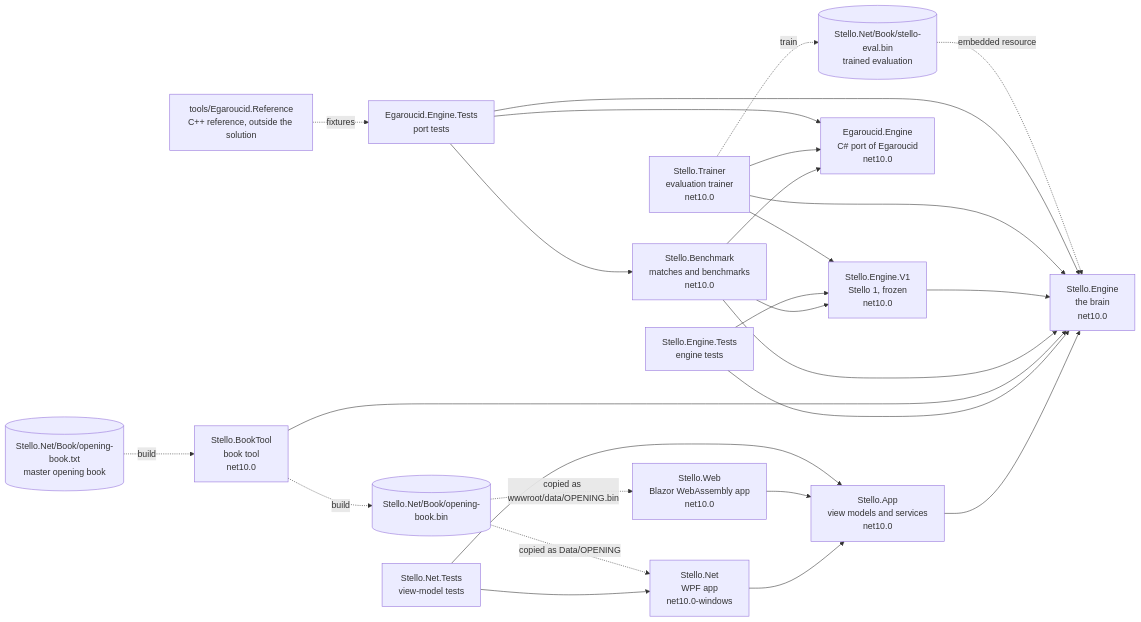
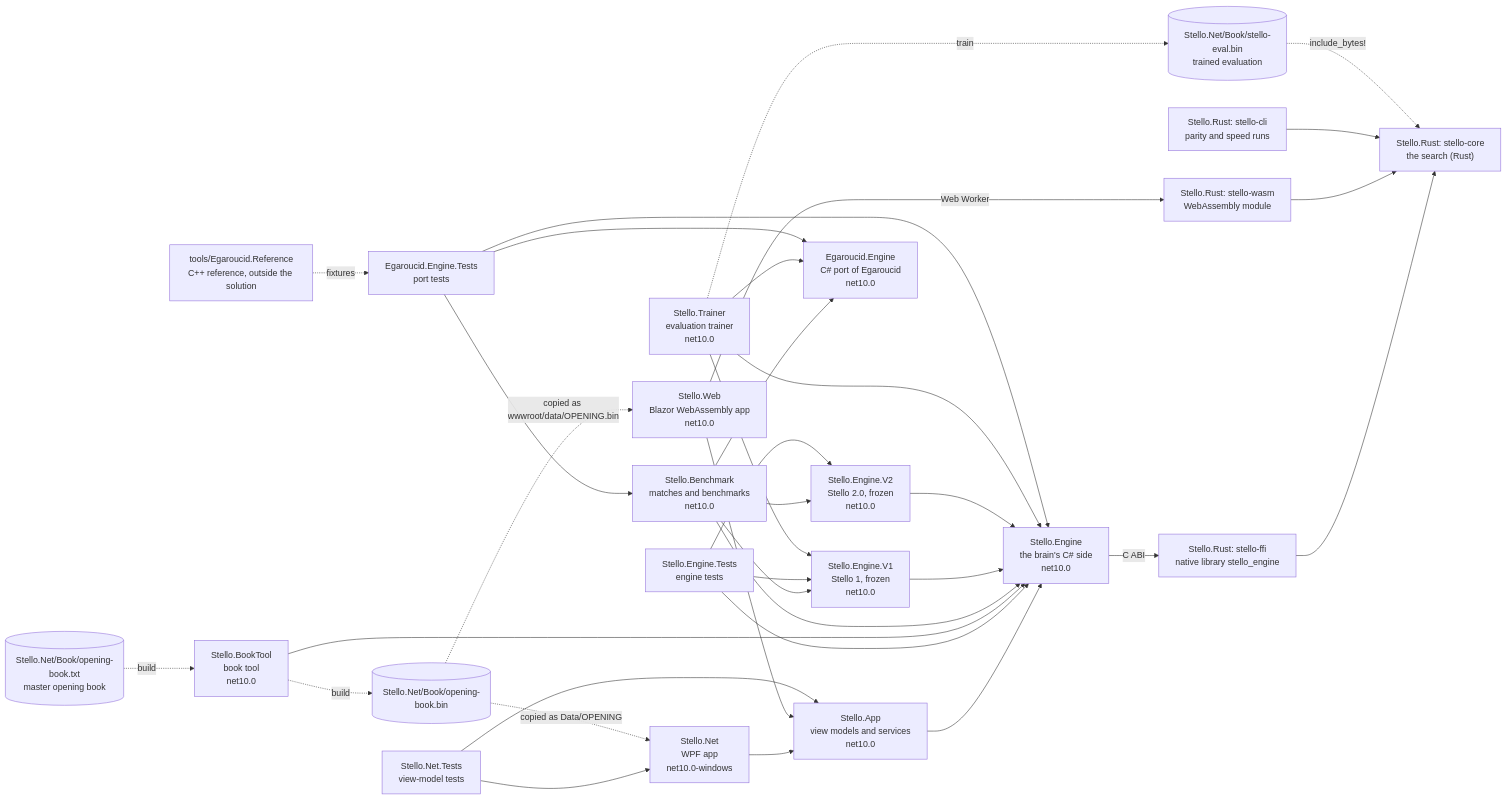
One commit to cjp-dev/Stello changed the first of 4 diagrams in docs/01-overview.md. Above: the diagram before and after it, drawn with Mermaid. The commit also changed other lines of this file and 26 other files, not shown here.

First line of the commit message:
Stello 3.0 phase 4: About shows 3.0; the docs describe the Rust engine

````diff
--- a/docs/01-overview.md
+++ b/docs/01-overview.md
@@ -11,28 +11,36 @@
 ```mermaid
 flowchart LR
     Wpf["Stello.Net<br/>WPF app<br/>net10.0-windows"] --> Shared["Stello.App<br/>view models and services<br/>net10.0"]
     Web["Stello.Web<br/>Blazor WebAssembly app<br/>net10.0"] --> Shared
-    Shared --> Engine["Stello.Engine<br/>the brain<br/>net10.0"]
+    Shared --> Engine["Stello.Engine<br/>the brain's C# side<br/>net10.0"]
+    Engine -- "C ABI" --> Ffi["Stello.Rust: stello-ffi<br/>native library stello_engine"]
+    Web -- "Web Worker" --> Wasm["Stello.Rust: stello-wasm<br/>WebAssembly module"]
+    Ffi --> Core["Stello.Rust: stello-core<br/>the search (Rust)"]
+    Wasm --> Core
+    Cli["Stello.Rust: stello-cli<br/>parity and speed runs"] --> Core
     AppTests["Stello.Net.Tests<br/>view-model tests"] --> Wpf
     AppTests --> Shared
     EngineTests["Stello.Engine.Tests<br/>engine tests"] --> Engine
     Tool["Stello.BookTool<br/>book tool<br/>net10.0"] --> Engine
     Bench["Stello.Benchmark<br/>matches and benchmarks<br/>net10.0"] --> Engine
     V1["Stello.Engine.V1<br/>Stello 1, frozen<br/>net10.0"] --> Engine
+    V2["Stello.Engine.V2<br/>Stello 2.0, frozen<br/>net10.0"] --> Engine
     Bench --> V1
+    Bench --> V2
+    EngineTests --> V2
     Bench --> Egaroucid["Egaroucid.Engine<br/>C# port of Egaroucid<br/>net10.0"]
     EngineTests --> V1
     Trainer["Stello.Trainer<br/>evaluation trainer<br/>net10.0"] --> Engine
     Trainer --> V1
     Trainer --> Egaroucid
     EgaroucidTests["Egaroucid.Engine.Tests<br/>port tests"] --> Egaroucid
     EgaroucidTests --> Bench
     EgaroucidTests --> Engine
     Reference["tools/Egaroucid.Reference<br/>C++ reference, outside the solution"] -. "fixtures" .-> EgaroucidTests
     Text[("Stello.Net/Book/opening-book.txt<br/>master opening book")] -. "build" .-> Tool
     Tool -. "build" .-> Book[("Stello.Net/Book/opening-book.bin")]
     Book -. "copied as Data/OPENING" .-> Wpf
     Book -. "copied as wwwroot/data/OPENING.bin" .-> Web
     Trainer -. "train" .-> Eval[("Stello.Net/Book/stello-eval.bin<br/>trained evaluation")]
-    Eval -. "embedded resource" .-> Engine
+    Eval -. "include_bytes!" .-> Core
 ```
````
